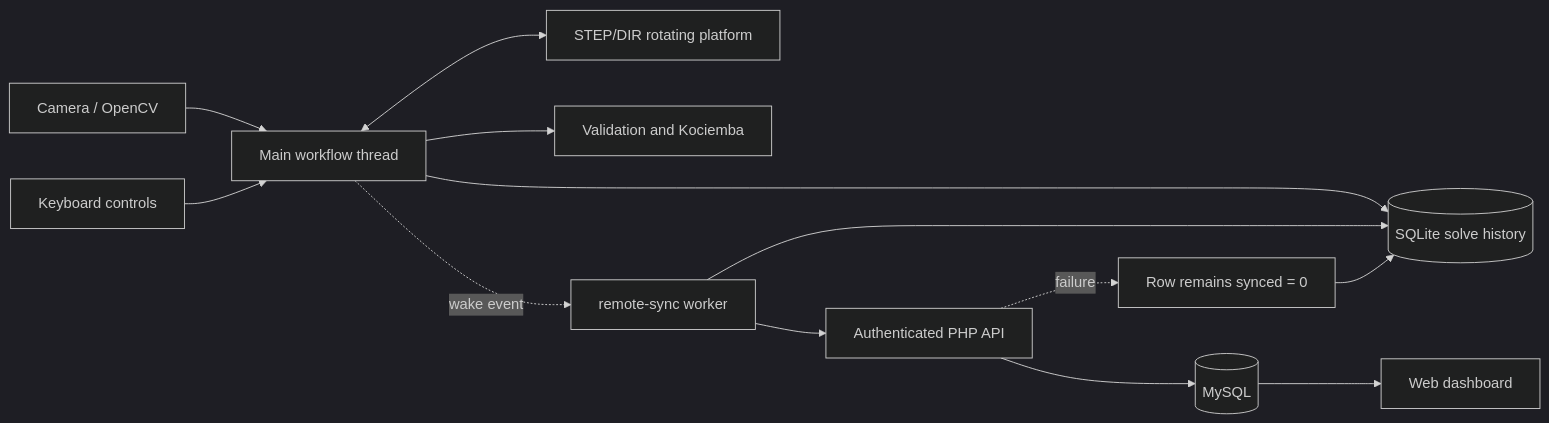
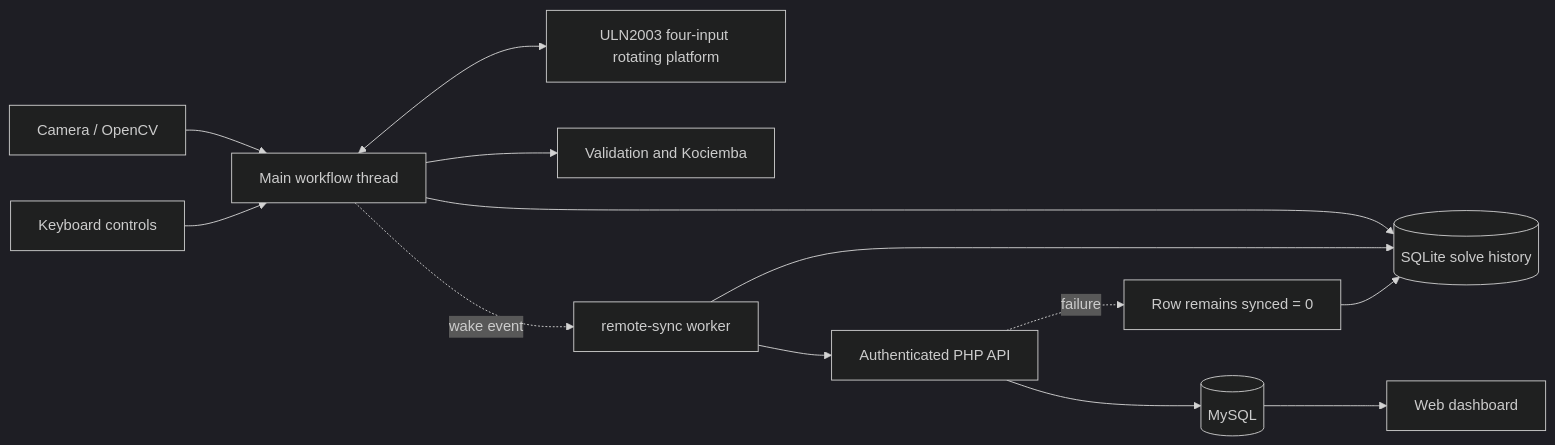
One commit to hemish-patel5/Rubiks-Cube-Solver changed the first of 2 diagrams in docs/architecture.md. Above: the diagram before and after it, drawn with Mermaid (dark theme). The commit also changed 8 other files, not shown here.

````diff
--- a/docs/architecture.md
+++ b/docs/architecture.md
@@ -8,15 +8,15 @@
 ```mermaid
 flowchart LR
     Camera[Camera / OpenCV] --> Main[Main workflow thread]
     Keyboard[Keyboard controls] --> Main
-    Main <--> Platform[STEP/DIR rotating platform]
+    Main <--> Platform[ULN2003 four-input rotating platform]
     Main --> Solver[Validation and Kociemba]
     Main --> SQLite[(SQLite solve history)]
     Main -. wake event .-> Worker[remote-sync worker]
     Worker --> SQLite
     Worker --> HTTP[Authenticated PHP API]
     HTTP --> MySQL[(MySQL)]
     MySQL --> Dashboard[Web dashboard]
     HTTP -. failure .-> Pending[Row remains synced = 0]
     Pending --> SQLite
 ```
````
